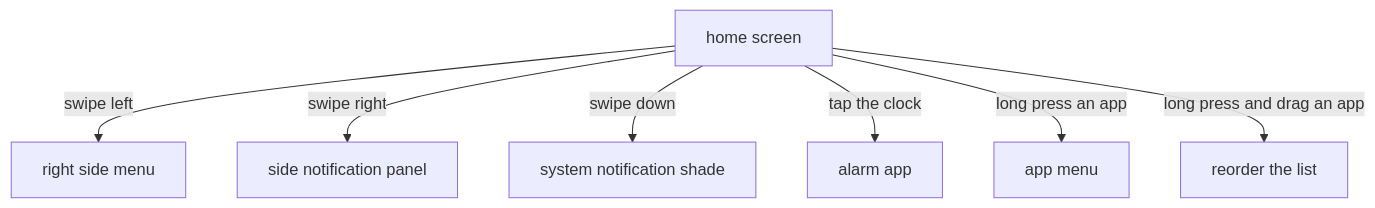
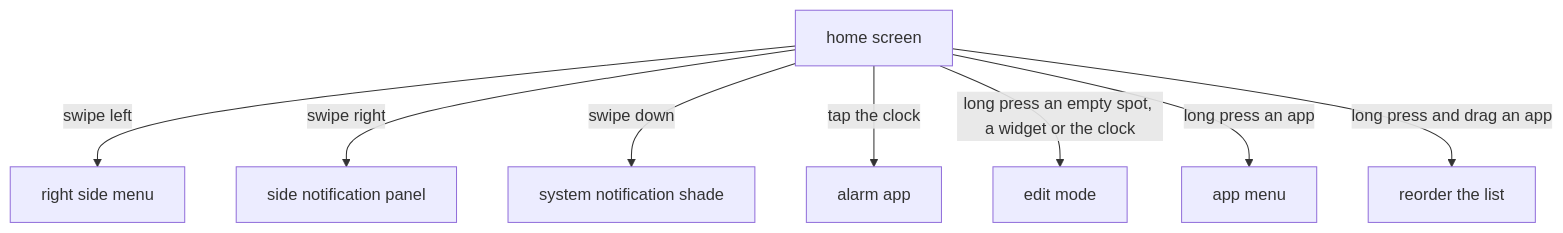
One commit to rezzt-dev/focusphone-app changed the diagram in documentation/en/users/03-home-screen-and-gestures.md. Above: the diagram before and after it, drawn with Mermaid. The commit also changed other lines of this file and 42 other files, not shown here.

````diff
--- a/documentation/en/users/03-home-screen-and-gestures.md
+++ b/documentation/en/users/03-home-screen-and-gestures.md
@@ -86,10 +132,11 @@
 ```mermaid
 flowchart TD
     H["home screen"]
     H -->|"swipe left"| M["right side menu"]
     H -->|"swipe right"| N["side notification panel"]
     H -->|"swipe down"| S["system notification shade"]
     H -->|"tap the clock"| A["alarm app"]
+    H -->|"long press an empty spot, a widget or the clock"| E["edit mode"]
     H -->|"long press an app"| C["app menu"]
     H -->|"long press and drag an app"| R["reorder the list"]
 ```
````
